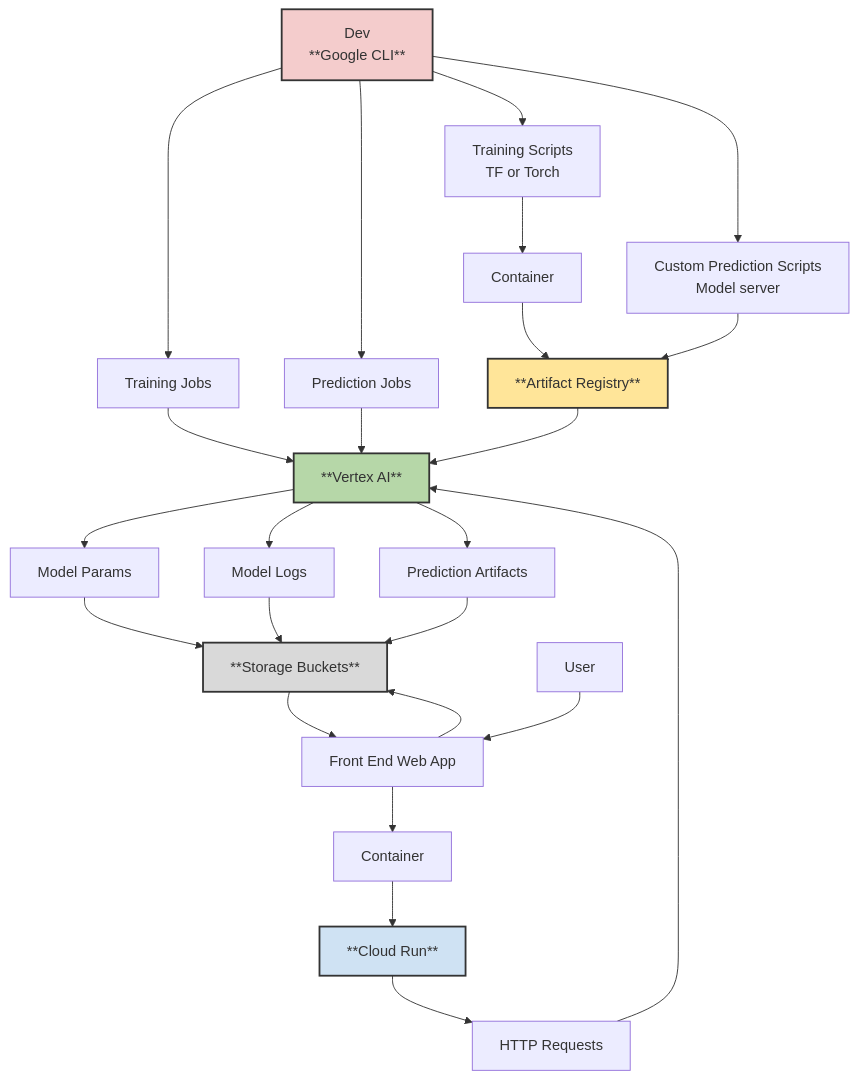
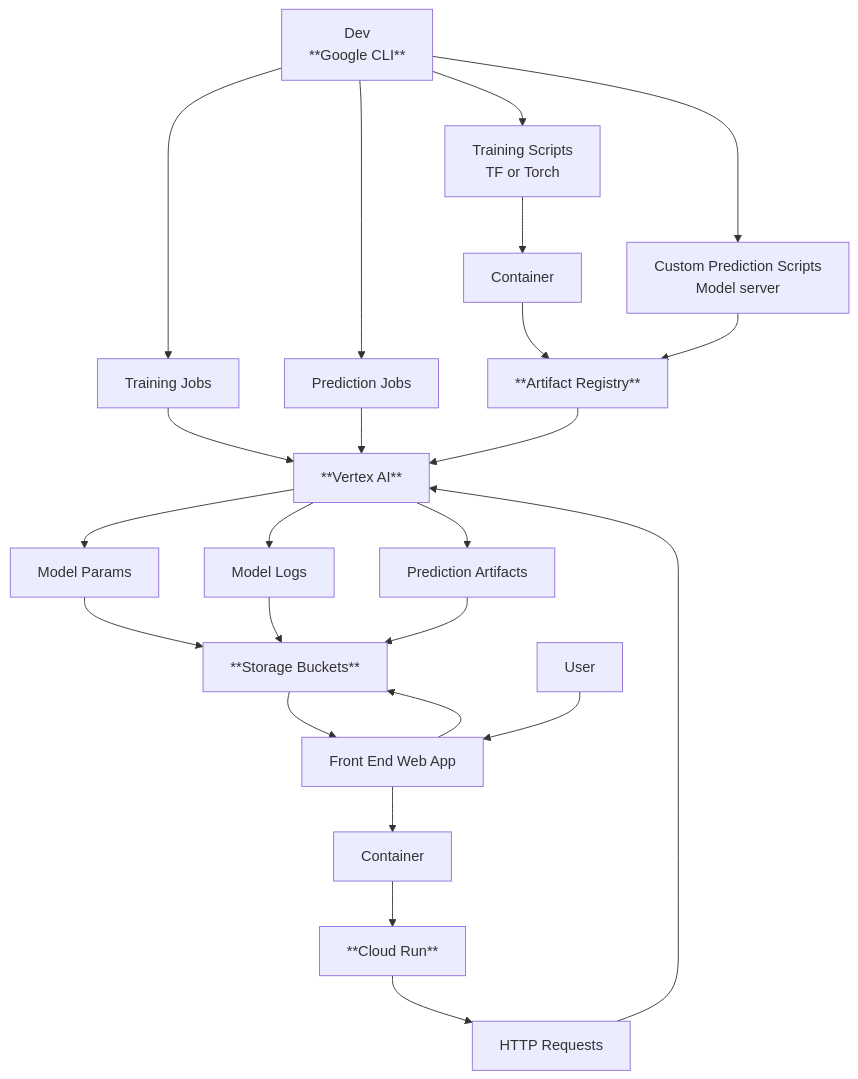
The diagram in ReadMe.md (nuEGil/NotesOnTextTasks), drawn with Mermaid before and after one commit.

````diff
--- a/ReadMe.md
+++ b/ReadMe.md
@@ -41,39 +41,34 @@
 ```mermaid
 graph TD;
 
     %% Training + Containers
     A[Training Scripts<br/>TF or Torch] --> B[Container]
     B --> C[**Artifact Registry**]
 
     %% Prediction scripts to Artifact Registry
     D[Custom Prediction Scripts<br/>Model server] --> C
 
     %% Vertex AI jobs
     C --> E[**Vertex AI**]
     F[Training Jobs] --> E
     G[Prediction Jobs] --> E
 
     %% Model outputs
     E --> H[Model Params] & I[Model Logs] & J[Prediction Artifacts]
     H & I & J --> K[**Storage Buckets**]
 
     %% Frontend + Cloud Run
     L[Front End Web App] --> M[Container]
     M --> N[**Cloud Run**]
     N --> O[HTTP Requests]
     O --> E
     K --> L
     P[User] --> L
 
     %% Dev tools
     Q[Dev<br/>**Google CLI**] --> F & G & A & D
     L --> K
 
-    %% --- Styles ---
-    style C fill:#ffe599,stroke:#333,stroke-width:2px
-    style E fill:#b6d7a8,stroke:#333,stroke-width:2px
-    style K fill:#d9d9d9,stroke:#333,stroke-width:2px
-    style N fill:#cfe2f3,stroke:#333,stroke-width:2px
-    style Q fill:#f4cccc,stroke:#333,stroke-width:2px
+    
 
 ```
````
